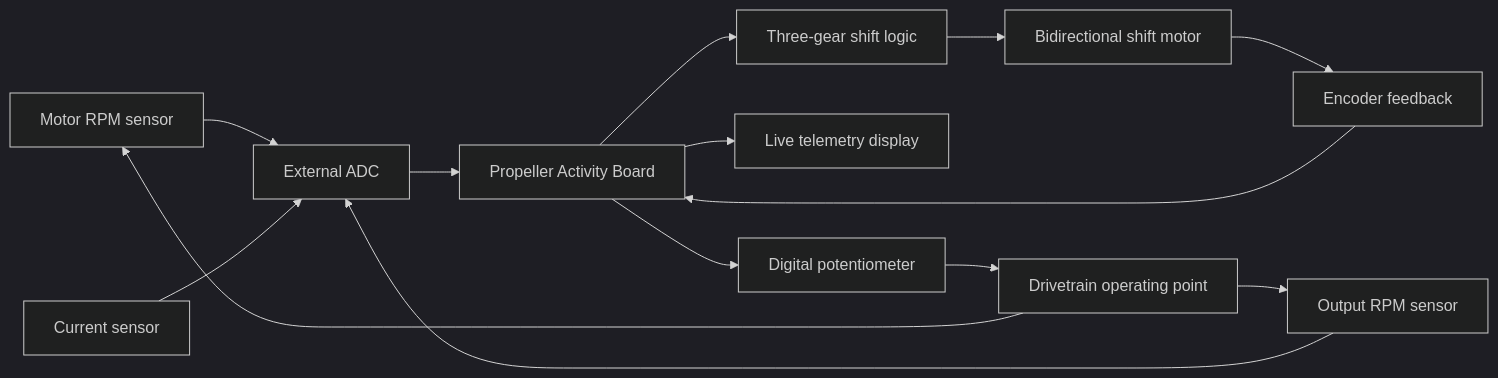
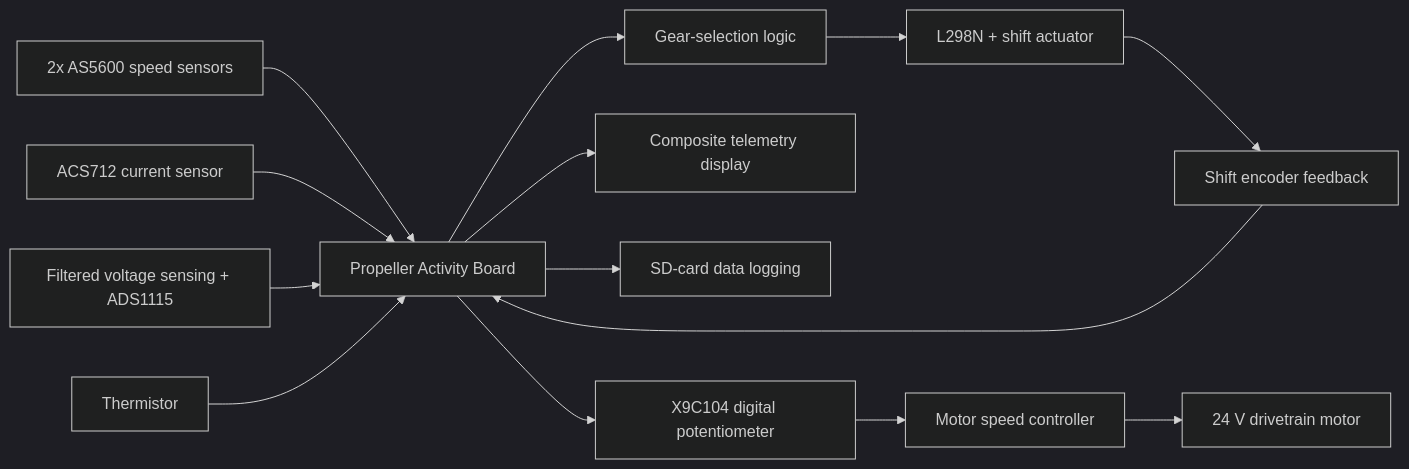
The diagram in README.md (adityx23/ecu-automatic-transmission-controller), drawn with Mermaid (dark theme) before and after one commit. The commit also changed other lines of this file and 3 other files, not shown here.

````diff
--- a/README.md
+++ b/README.md
@@ -19,16 +22,16 @@
 ```mermaid
 flowchart LR
-    A["Motor RPM sensor"] --> D["External ADC"]
-    B["Output RPM sensor"] --> D
-    C["Current sensor"] --> D
-    D --> E["Propeller Activity Board"]
-    E --> F["Three-gear shift logic"]
-    F --> G["Bidirectional shift motor"]
-    H["Encoder feedback"] --> E
+    A["2x AS5600 speed sensors"] --> E["Propeller Activity Board"]
+    B["ACS712 current sensor"] --> E
+    C["Filtered voltage sensing + ADS1115"] --> E
+    D["Thermistor"] --> E
+    E --> F["Gear-selection logic"]
+    F --> G["L298N + shift actuator"]
+    H["Shift encoder feedback"] --> E
     G --> H
-    E --> I["Live telemetry display"]
-    J["Digital potentiometer"] --> K["Drivetrain operating point"]
-    E --> J
-    K --> A
-    K --> B
+    E --> I["Composite telemetry display"]
+    E --> J["SD-card data logging"]
+    E --> K["X9C104 digital potentiometer"]
+    K --> L["Motor speed controller"]
+    L --> M["24 V drivetrain motor"]
 ```
````
